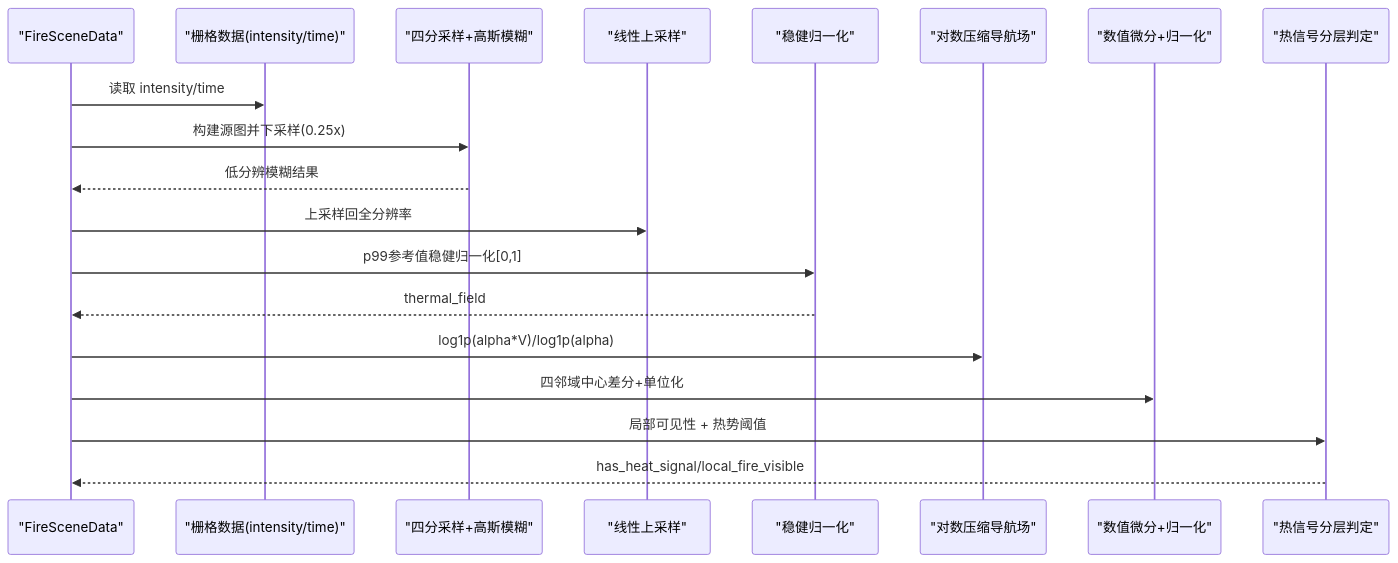
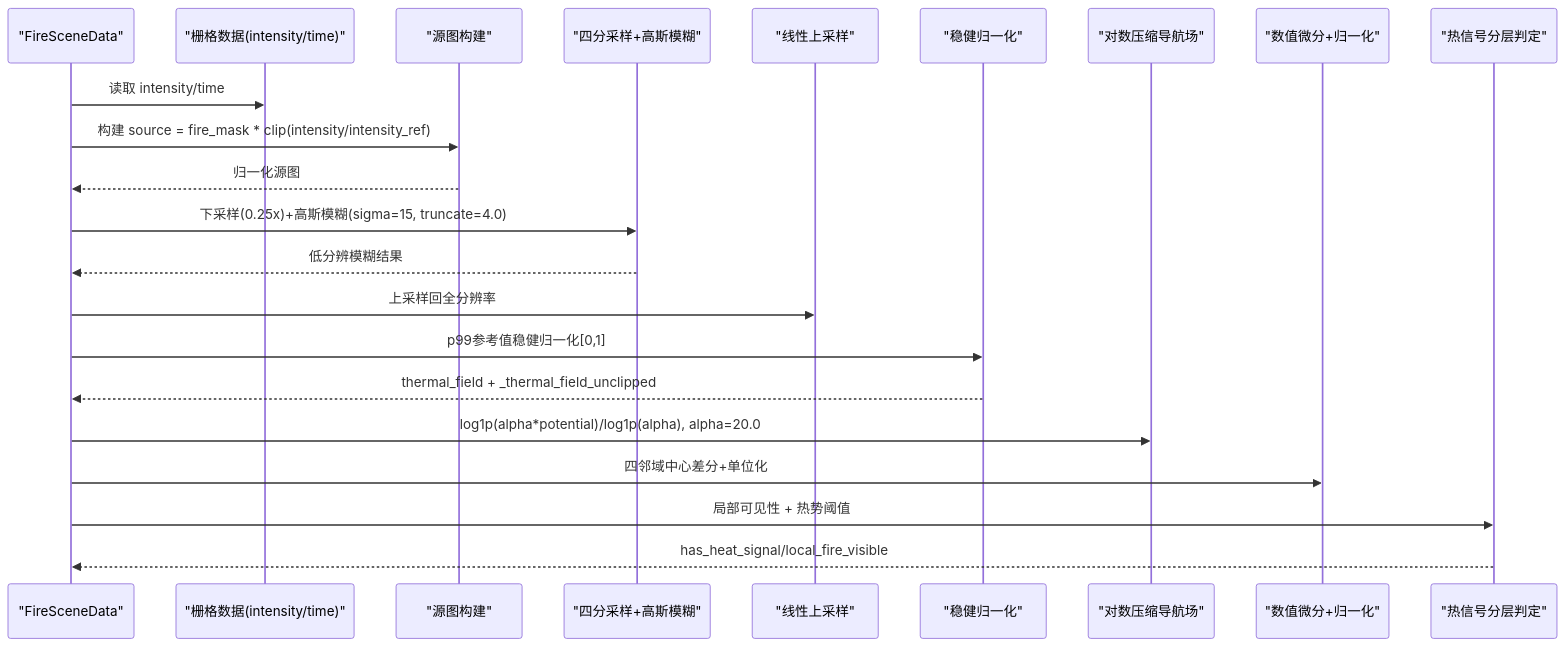
One commit to xixi10001/self_Adaptive changed the second of 7 diagrams in .qoder/repowiki/zh/content/项目概述/核心功能特性/热场优化计算/热场优化计算.md. Above: the diagram before and after it, drawn with Mermaid. The commit also changed other lines of this file and 21 other files, not shown here.

````diff
--- a/.qoder/repowiki/zh/content/项目概述/核心功能特性/热场优化计算/热场优化计算.md
+++ b/.qoder/repowiki/zh/content/项目概述/核心功能特性/热场优化计算/热场优化计算.md
@@ -93,21 +93,24 @@
 ```mermaid
 sequenceDiagram
 participant Scene as "FireSceneData"
 participant Data as "栅格数据(intensity/time)"
+participant Source as "源图构建"
 participant Blur as "四分采样+高斯模糊"
 participant Upsample as "线性上采样"
 participant Norm as "稳健归一化"
 participant Nav as "对数压缩导航场"
 participant Grad as "数值微分+归一化"
 participant Sensor as "热信号分层判定"
 Scene->>Data : 读取 intensity/time
-Scene->>Blur : 构建源图并下采样(0.25x)
+Scene->>Source : 构建 source = fire_mask * clip(intensity/intensity_ref)
+Source-->>Scene : 归一化源图
+Scene->>Blur : 下采样(0.25x)+高斯模糊(sigma=15, truncate=4.0)
 Blur-->>Scene : 低分辨模糊结果
 Scene->>Upsample : 上采样回全分辨率
 Scene->>Norm : p99参考值稳健归一化[0,1]
-Norm-->>Scene : thermal_field
-Scene->>Nav : log1p(alpha*V)/log1p(alpha)
+Norm-->>Scene : thermal_field + _thermal_field_unclipped
+Scene->>Nav : log1p(alpha*potential)/log1p(alpha), alpha=20.0
 Scene->>Grad : 四邻域中心差分+单位化
 Scene->>Sensor : 局部可见性 + 热势阈值
 Sensor-->>Scene : has_heat_signal/local_fire_visible
 ```
````
